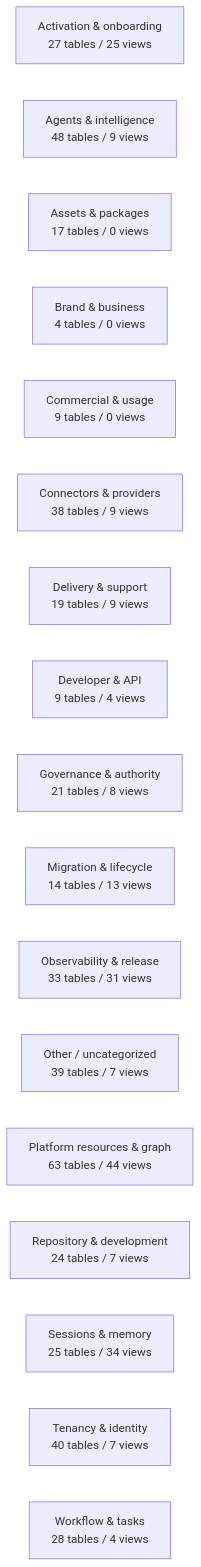
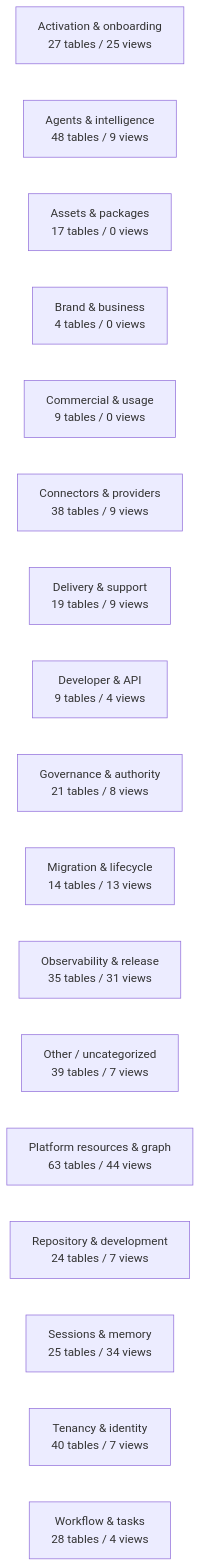
The diagram in docs/work-maps/data-model-domain-map.md (mad4bdigital-ai/multi-business-multi-role-growth-intelligence-os), drawn with Mermaid before and after one commit. The commit also changed other lines of this file and 6 other files, not shown here.

````diff
--- a/docs/work-maps/data-model-domain-map.md
+++ b/docs/work-maps/data-model-domain-map.md
@@ -9,20 +9,20 @@
 ```mermaid
 flowchart LR
   n_Activation___onboarding["Activation & onboarding<br/>27 tables / 25 views"]
   n_Agents___intelligence["Agents & intelligence<br/>48 tables / 9 views"]
   n_Assets___packages["Assets & packages<br/>17 tables / 0 views"]
   n_Brand___business["Brand & business<br/>4 tables / 0 views"]
   n_Commercial___usage["Commercial & usage<br/>9 tables / 0 views"]
   n_Connectors___providers["Connectors & providers<br/>38 tables / 9 views"]
   n_Delivery___support["Delivery & support<br/>19 tables / 9 views"]
   n_Developer___API["Developer & API<br/>9 tables / 4 views"]
   n_Governance___authority["Governance & authority<br/>21 tables / 8 views"]
   n_Migration___lifecycle["Migration & lifecycle<br/>14 tables / 13 views"]
-  n_Observability___release["Observability & release<br/>33 tables / 31 views"]
+  n_Observability___release["Observability & release<br/>35 tables / 31 views"]
   n_Other___uncategorized["Other / uncategorized<br/>39 tables / 7 views"]
   n_Platform_resources___graph["Platform resources & graph<br/>63 tables / 44 views"]
   n_Repository___development["Repository & development<br/>24 tables / 7 views"]
   n_Sessions___memory["Sessions & memory<br/>25 tables / 34 views"]
   n_Tenancy___identity["Tenancy & identity<br/>40 tables / 7 views"]
   n_Workflow___tasks["Workflow & tasks<br/>28 tables / 4 views"]
 ```
````
